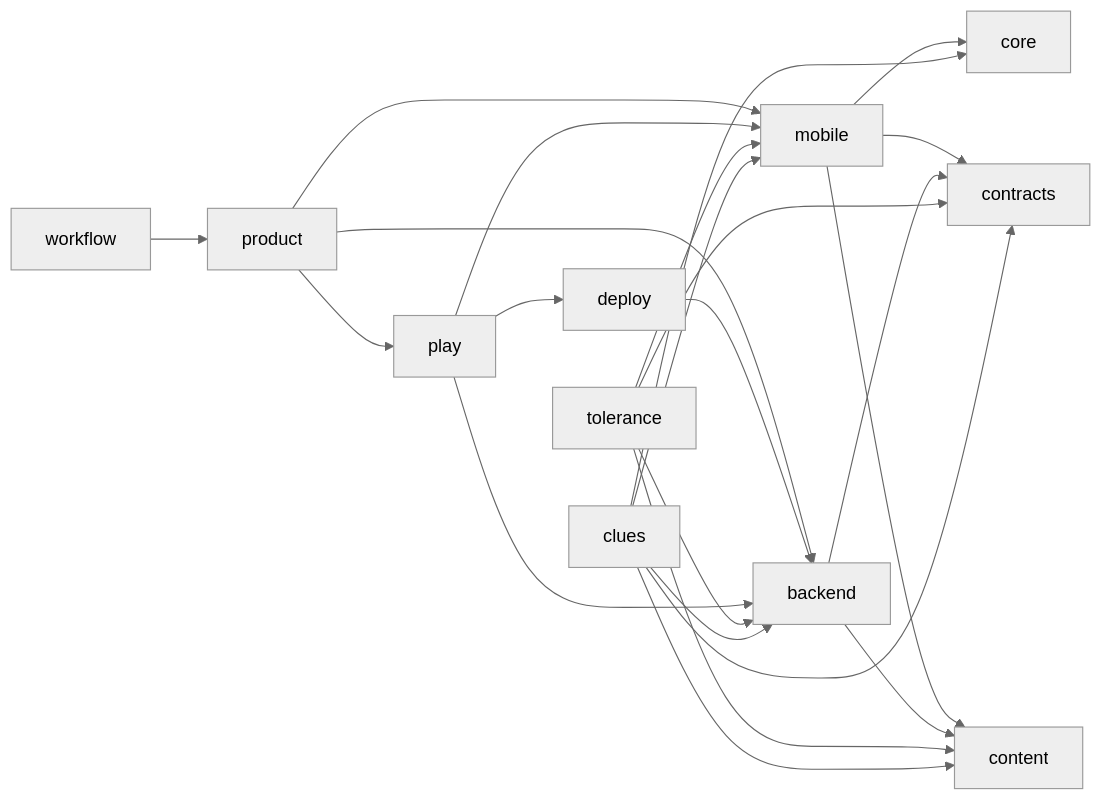
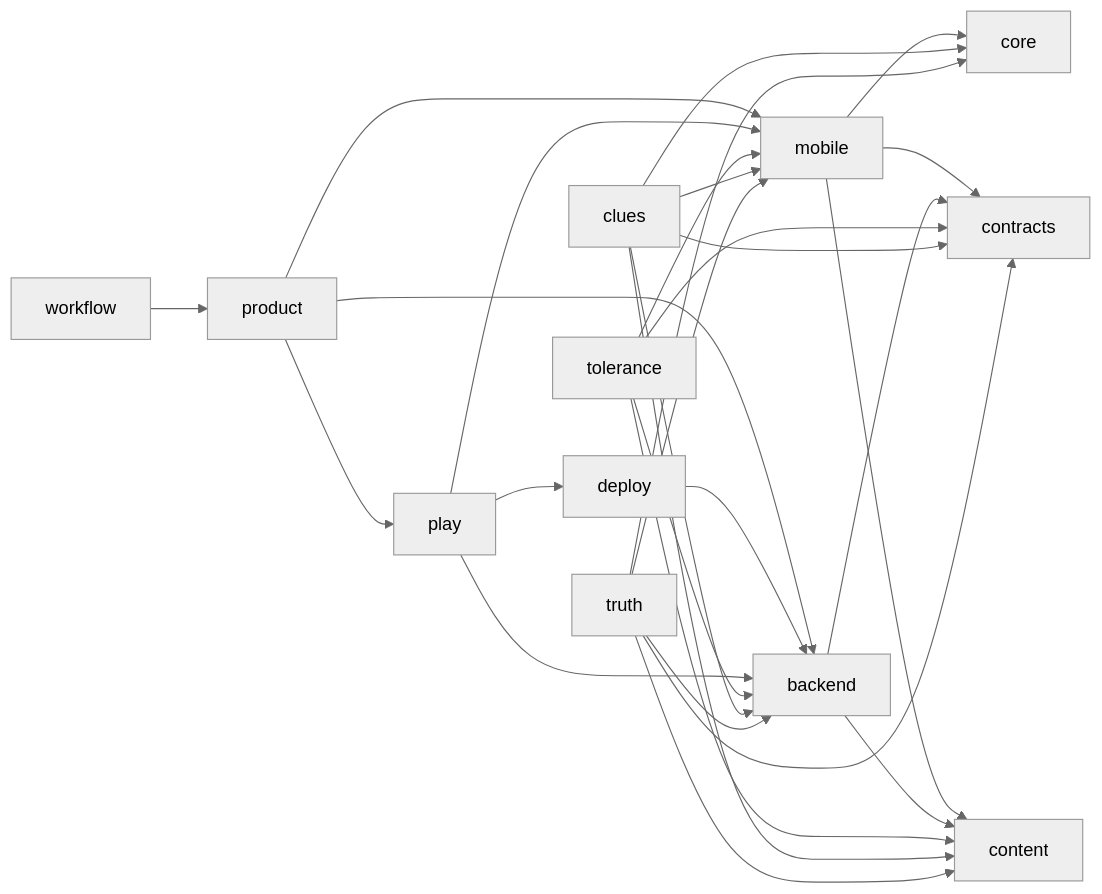
One commit to danilagarev/partybox changed the diagram in docs/PROJECT_GRAPH.md. Above: the diagram before and after it, drawn with Mermaid (neutral theme). The commit also changed other lines of this file and 59 other files, not shown here.

````diff
--- a/docs/PROJECT_GRAPH.md
+++ b/docs/PROJECT_GRAPH.md
@@ -9,25 +9,30 @@
 ```mermaid
 flowchart LR
   product --> mobile
   product --> backend
   mobile --> core
   mobile --> contracts
   mobile --> content
   backend --> contracts
   backend --> content
   deploy --> backend
   workflow --> product
   product --> play
   play --> mobile
   play --> backend
   play --> deploy
   tolerance --> backend
   tolerance --> mobile
   tolerance --> contracts
   tolerance --> content
   clues --> backend
   clues --> mobile
   clues --> contracts
   clues --> content
   clues --> core
+  truth --> backend
+  truth --> mobile
+  truth --> contracts
+  truth --> content
+  truth --> core
 ```
````
